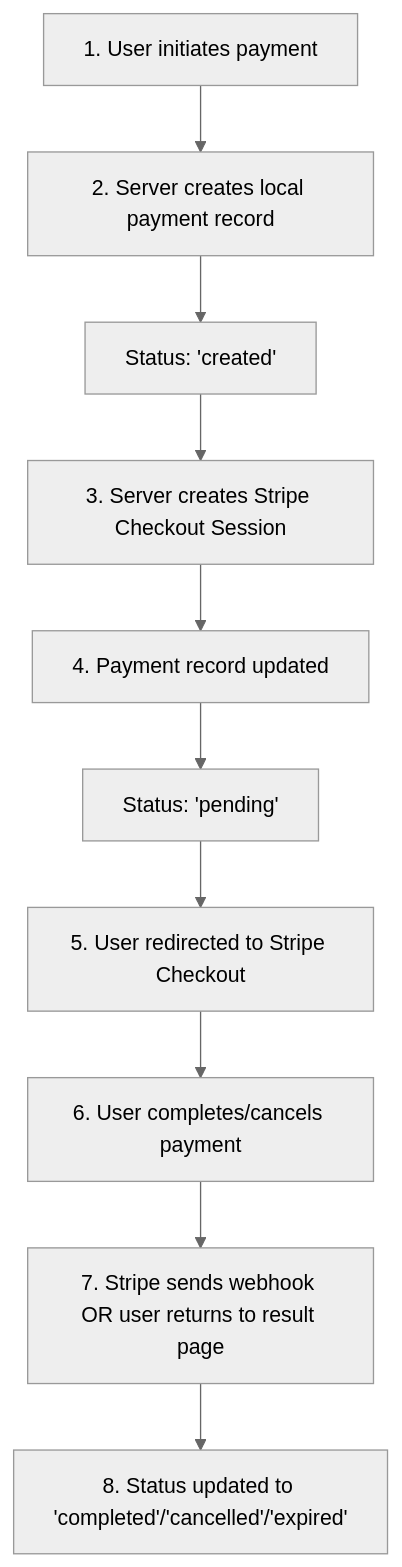
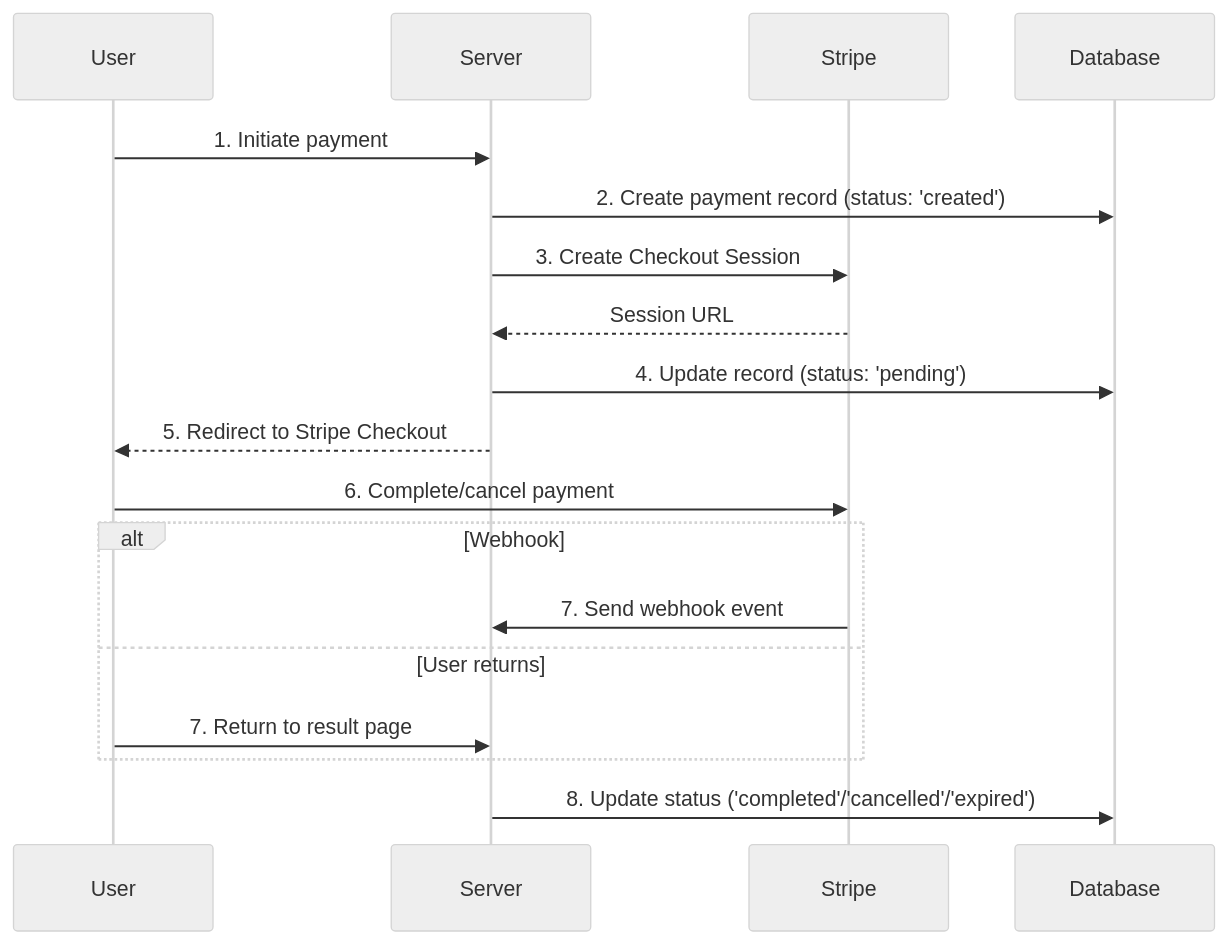
The diagram in products/abm-web-portal/stripe-integration/production-checklist.md (dpsystems-dev/knowledgebase), drawn with Mermaid (neutral theme) before and after one commit. The commit also changed other lines of this file and 39 other files, not shown here.

````diff
--- a/products/abm-web-portal/stripe-integration/production-checklist.md
+++ b/products/abm-web-portal/stripe-integration/production-checklist.md
@@ -155,12 +153,21 @@
 ```mermaid
-flowchart TD
-    A[1. User initiates payment] --> B[2. Server creates local payment record]
-    B --> C[Status: 'created']
-    C --> D[3. Server creates Stripe Checkout Session]
-    D --> E[4. Payment record updated]
-    E --> F[Status: 'pending']
-    F --> G[5. User redirected to Stripe Checkout]
-    G --> H[6. User completes/cancels payment]
-    H --> I[7. Stripe sends webhook OR user returns to result page]
-    I --> J[8. Status updated to 'completed'/'cancelled'/'expired']
+sequenceDiagram
+    participant User
+    participant Server
+    participant Stripe
+    participant DB as Database
+
+    User->>Server: 1. Initiate payment
+    Server->>DB: 2. Create payment record (status: 'created')
+    Server->>Stripe: 3. Create Checkout Session
+    Stripe-->>Server: Session URL
+    Server->>DB: 4. Update record (status: 'pending')
+    Server-->>User: 5. Redirect to Stripe Checkout
+    User->>Stripe: 6. Complete/cancel payment
+    alt Webhook
+        Stripe->>Server: 7. Send webhook event
+    else User returns
+        User->>Server: 7. Return to result page
+    end
+    Server->>DB: 8. Update status ('completed'/'cancelled'/'expired')
 ```
````
